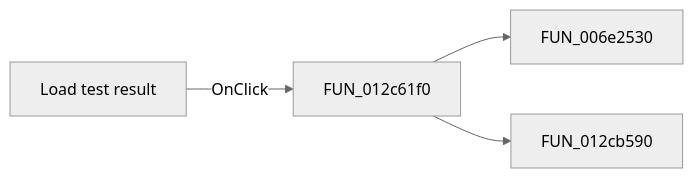
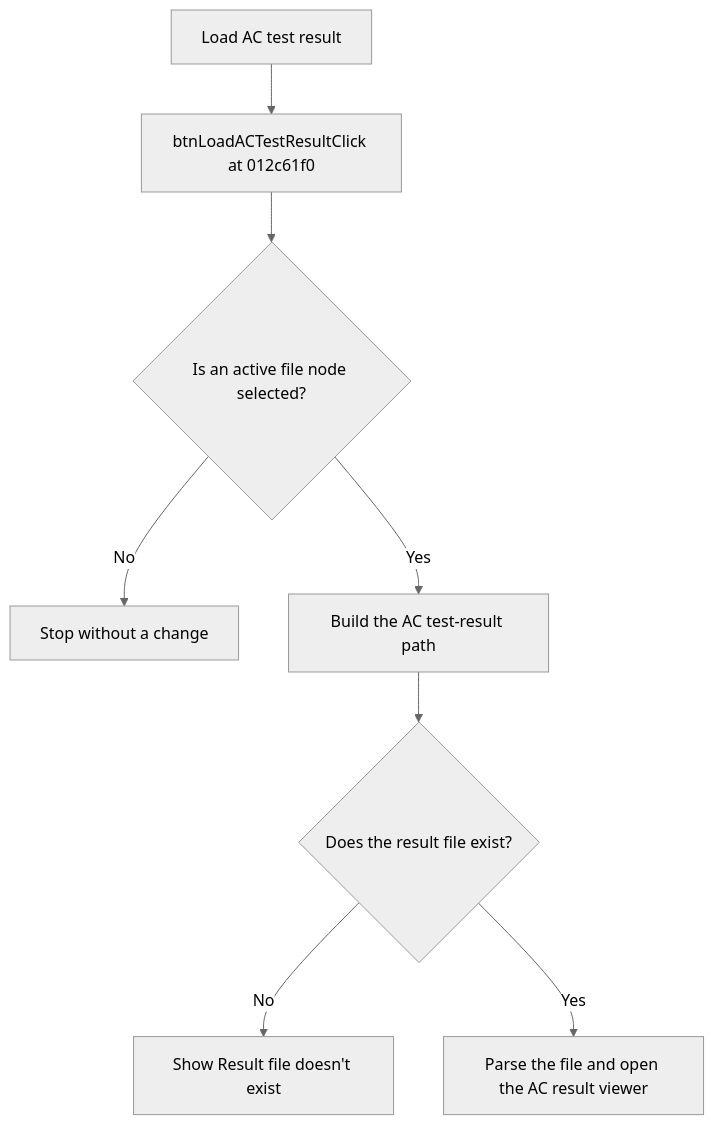
One commit to MovGP0/TIARA changed the diagram in docs/ui-controls/frmtestbencheditor/btnloadactestresult-23d33a1888.md. Above: the diagram before and after it, drawn with Mermaid (neutral theme). The commit also changed other lines of this file and 387 other files, not shown here.

````diff
--- a/docs/ui-controls/frmtestbencheditor/btnloadactestresult-23d33a1888.md
+++ b/docs/ui-controls/frmtestbencheditor/btnloadactestresult-23d33a1888.md
@@ -27,6 +19,10 @@
 ```mermaid
-flowchart LR
-    control["Load test result"] -->|OnClick| handler["FUN_012c61f0"]
-    handler --> call1["FUN_006e2530"]
-    handler --> call2["FUN_012cb590"]
+flowchart TD
+    control["Load AC test result"] --> handler["btnLoadACTestResultClick at 012c61f0"]
+    handler --> selected{"Is an active file node selected?"}
+    selected -->|No| stop["Stop without a change"]
+    selected -->|Yes| path["Build the AC test-result path"]
+    path --> exists{"Does the result file exist?"}
+    exists -->|No| error["Show Result file doesn't exist"]
+    exists -->|Yes| viewer["Parse the file and open the AC result viewer"]
 ```
````
